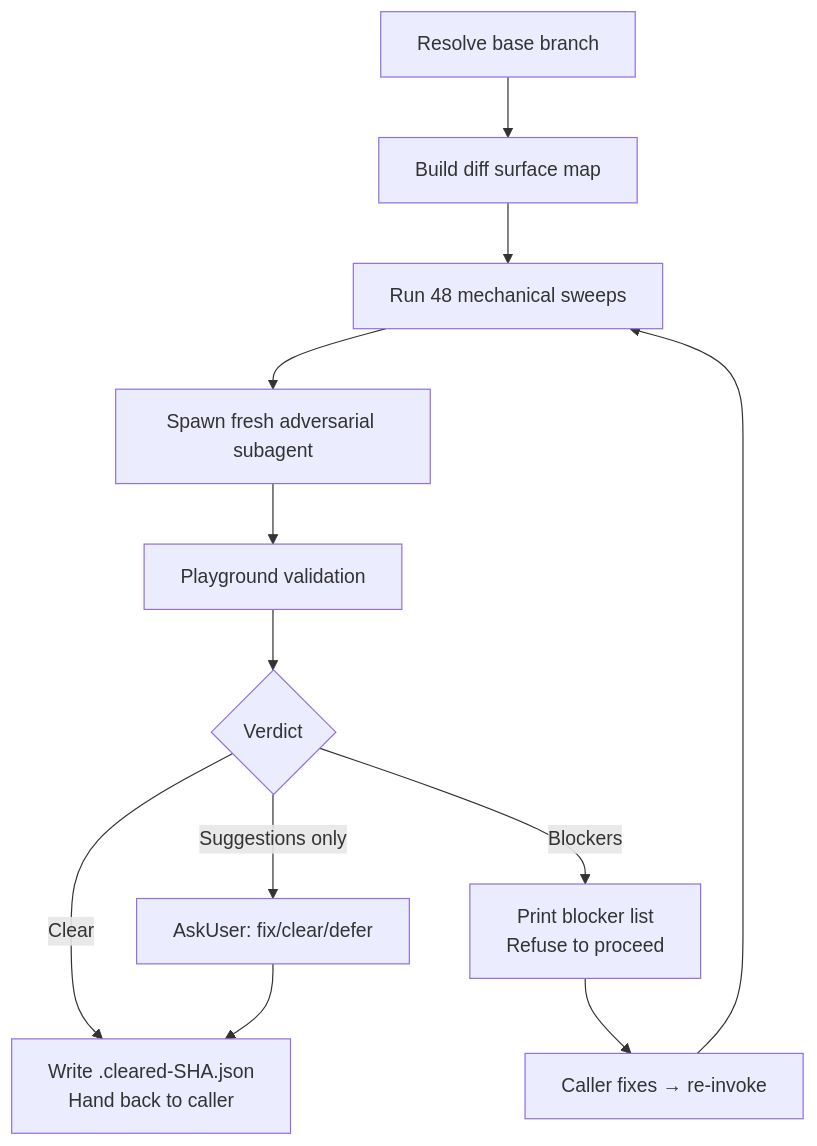
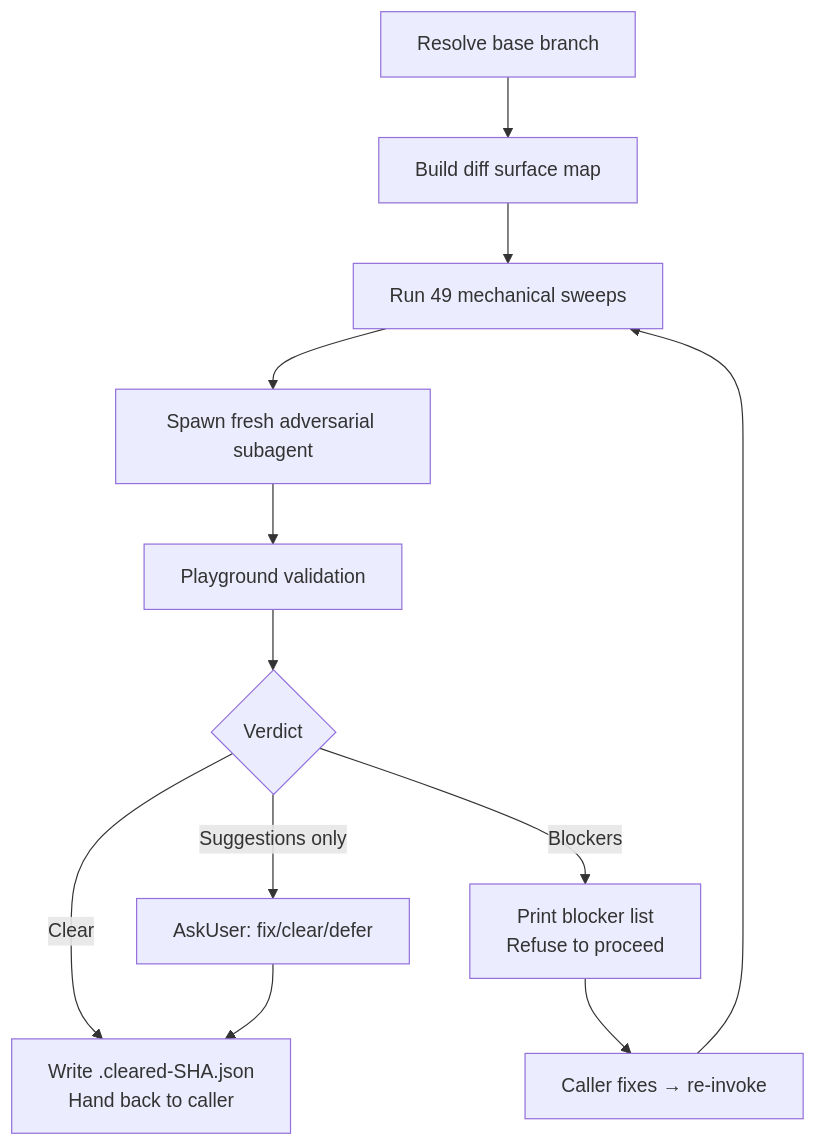
The diagram in skills/adversarial-review/README.md (whizzzkid/skills), drawn with Mermaid before and after one commit. The commit also changed other lines of this file and 21 other files, not shown here.

````diff
--- a/skills/adversarial-review/README.md
+++ b/skills/adversarial-review/README.md
@@ -16,14 +16,14 @@
 ```mermaid
 flowchart TD
     A[Resolve base branch] --> B[Build diff surface map]
-    B --> C[Run 48 mechanical sweeps]
+    B --> C[Run 49 mechanical sweeps]
     C --> D[Spawn fresh adversarial subagent]
     D --> E[Playground validation]
     E --> F{Verdict}
     F -->|Clear| G[Write .cleared-SHA.json<br/>Hand back to caller]
     F -->|Blockers| H[Print blocker list<br/>Refuse to proceed]
     F -->|Suggestions only| I[AskUser: fix/clear/defer]
     H --> J[Caller fixes → re-invoke]
     J --> C
     I --> G
 ```
````
